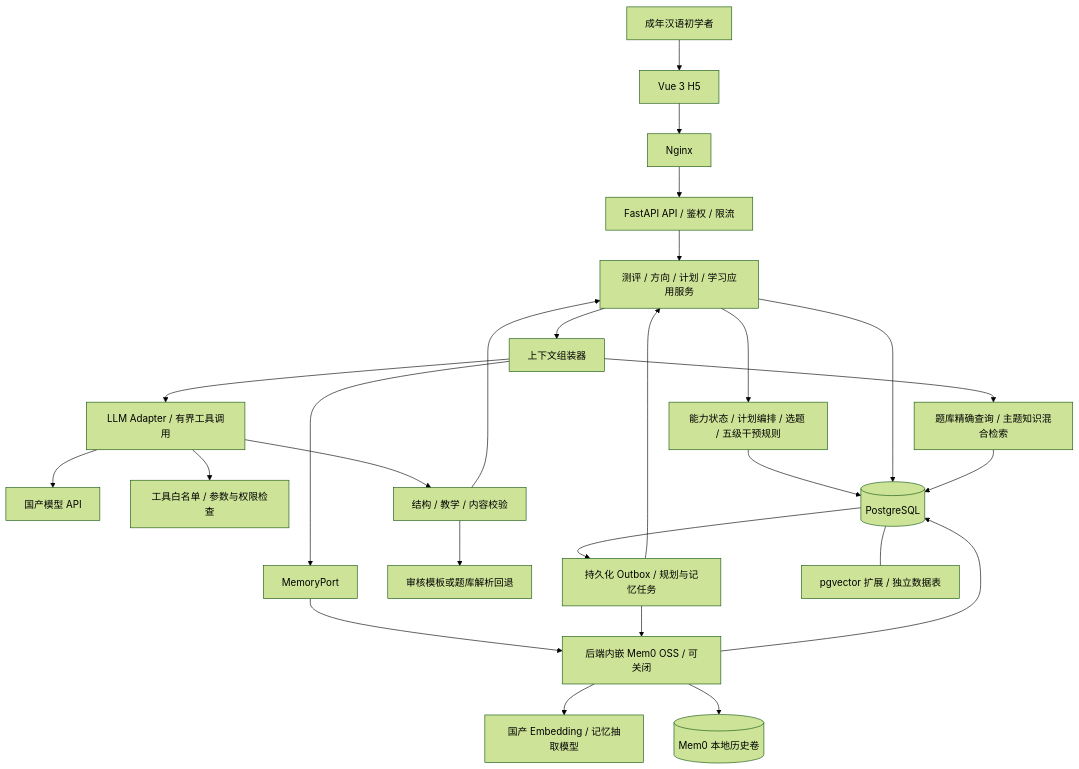
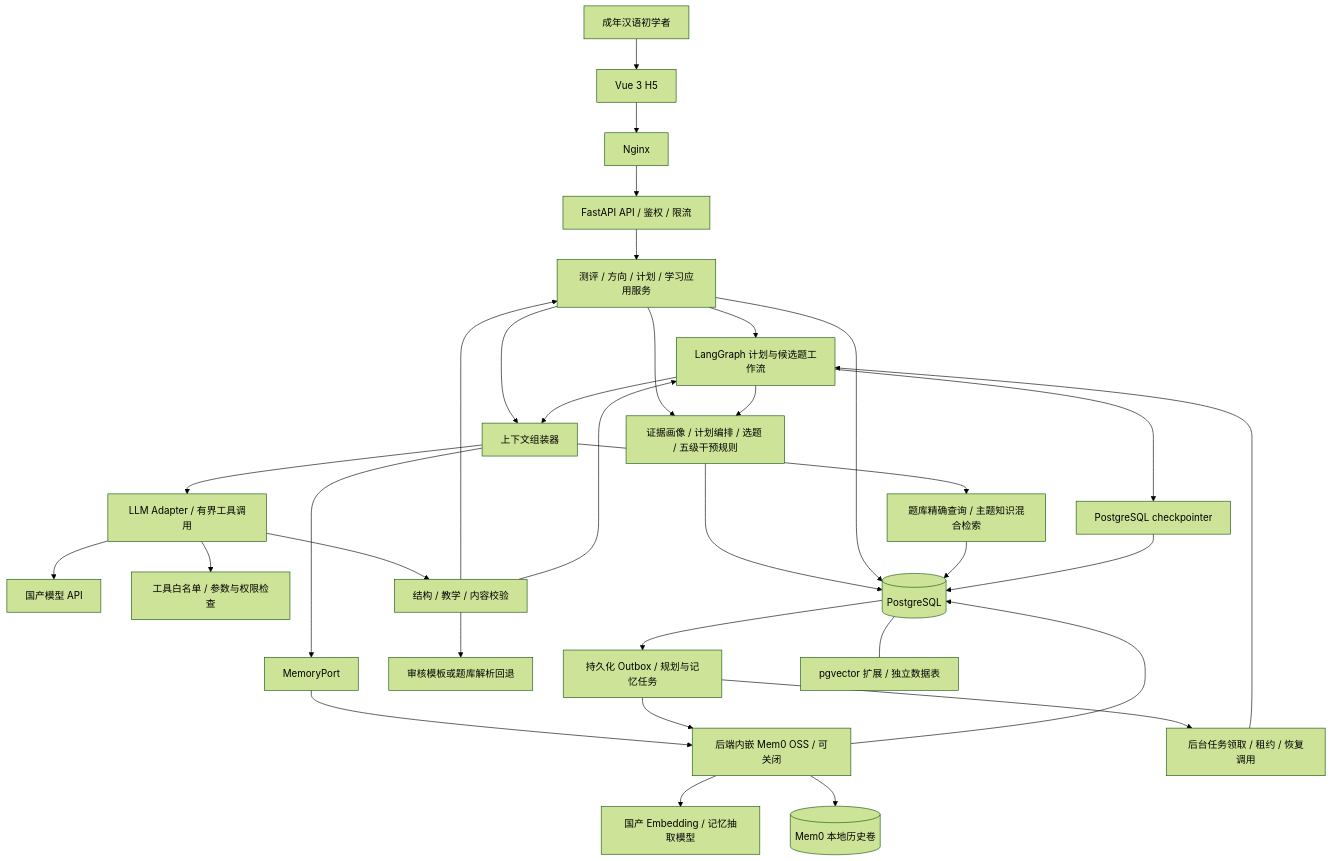
One commit to tianyew/OwlOwlGo-ECNU changed the second of 4 diagrams in docs/software/architecture.md. Above: the diagram before and after it, drawn with Mermaid (forest theme). The commit also changed other lines of this file, not shown here.

````diff
--- a/docs/software/architecture.md
+++ b/docs/software/architecture.md
@@ -171,28 +266,35 @@
 ```mermaid
 flowchart TB
     U[成年汉语初学者] --> W[Vue 3 H5]
     W --> N[Nginx]
     N --> A[FastAPI API / 鉴权 / 限流]
     A --> S[测评 / 方向 / 计划 / 学习应用服务]
-    S --> D[能力状态 / 计划编排 / 选题 / 五级干预规则]
+    S --> G[LangGraph 计划与候选题工作流]
+    S --> D[证据画像 / 计划编排 / 选题 / 五级干预规则]
+    G --> D
     S --> C[上下文组装器]
+    G --> C
     C --> K[题库精确查询 / 主题知识混合检索]
     C --> M[MemoryPort]
     M --> MS[后端内嵌 Mem0 OSS / 可关闭]
     C --> L[LLM Adapter / 有界工具调用]
     L --> Q[国产模型 API]
     L --> T[工具白名单 / 参数与权限检查]
     L --> V[结构 / 教学 / 内容校验]
     V --> F[审核模板或题库解析回退]
     V --> S
+    V --> G
     D --> P[(PostgreSQL)]
     S --> P
     K --> P
     MS --> P
+    G --> CP[PostgreSQL checkpointer]
+    CP --> P
     P --> O[持久化 Outbox / 规划与记忆任务]
-    O --> S
+    O --> WKR[后台任务领取 / 租约 / 恢复调用]
+    WKR --> G
     O --> MS
     MS --> E[国产 Embedding / 记忆抽取模型]
     MS --> H[(Mem0 本地历史卷)]
     P --- PV[pgvector 扩展 / 独立数据表]
 ```
````
